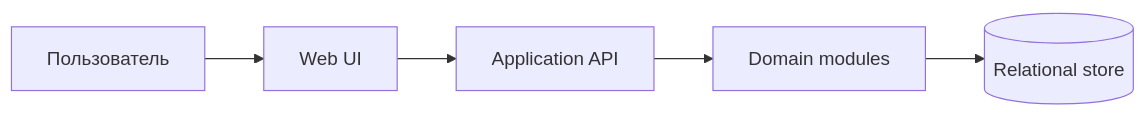
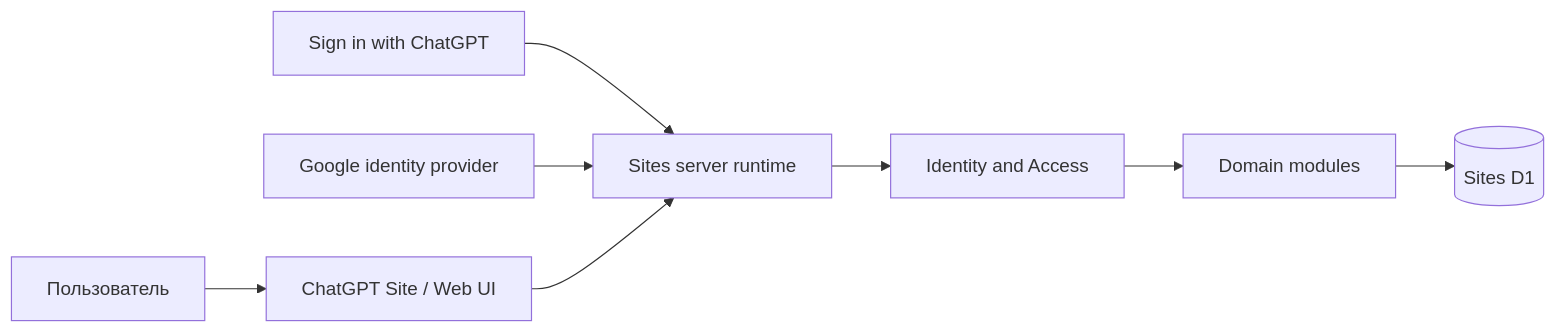
The diagram in docs/architecture.md (xxsrez/TaskManager), drawn with Mermaid before and after one commit. The commit also changed other lines of this file and 10 other files, not shown here.

````diff
--- a/docs/architecture.md
+++ b/docs/architecture.md
@@ -21,7 +27,10 @@
 ```mermaid
 flowchart LR
-    U[Пользователь] --> UI[Web UI]
-    UI --> API[Application API]
-    API --> D[Domain modules]
-    D --> DB[(Relational store)]
+    U[Пользователь] --> SITE[ChatGPT Site / Web UI]
+    CG[Sign in with ChatGPT] --> RT[Sites server runtime]
+    G[Google identity provider] --> RT
+    SITE --> RT
+    RT --> IA[Identity and Access]
+    IA --> D[Domain modules]
+    D --> DB[(Sites D1)]
 ```
````
